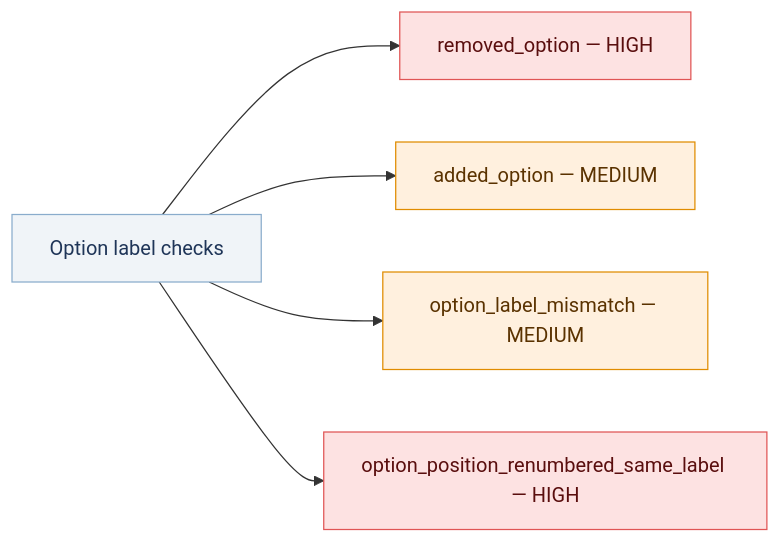
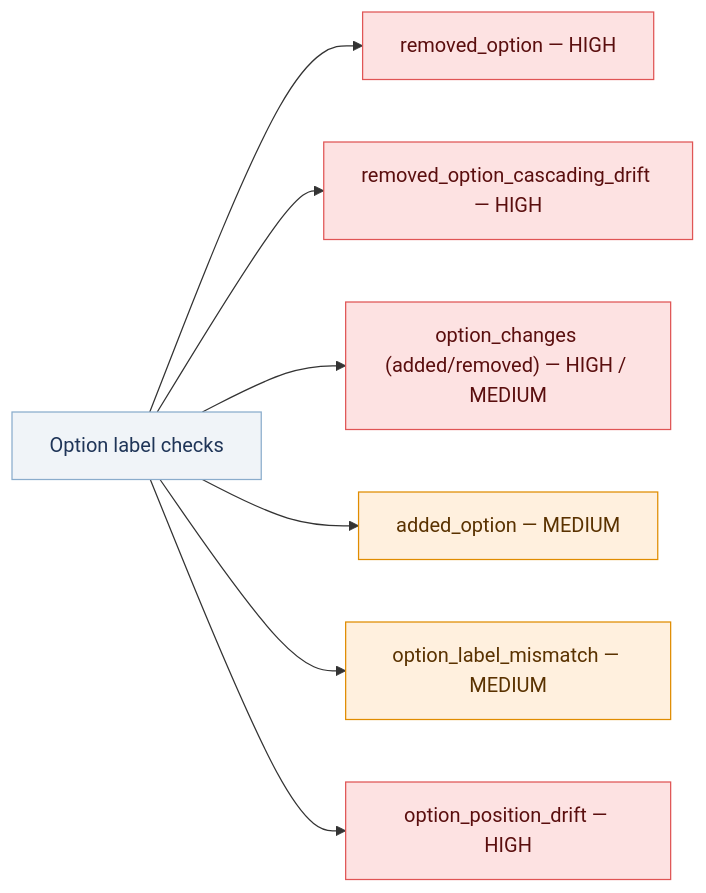
One commit to edoardoforzano1/DIEM_Questionnaire_Validation changed the tenth of 11 diagrams in docs/workflow/geopoll-logic.md. Above: the diagram before and after it, drawn with Mermaid. The commit also changed other lines of this file and 5 other files, not shown here.

````diff
--- a/docs/workflow/geopoll-logic.md
+++ b/docs/workflow/geopoll-logic.md
@@ -635,14 +663,18 @@
 ```mermaid
 flowchart LR
     OL["Option label checks"]
     OL --> A["removed_option — HIGH"]
+    OL --> E["removed_option_cascading_drift — HIGH"]
+    OL --> F["option_changes (added/removed) — HIGH / MEDIUM"]
     OL --> B["added_option — MEDIUM"]
     OL --> C["option_label_mismatch — MEDIUM"]
-    OL --> D["option_position_renumbered_same_label — HIGH"]
+    OL --> D["option_position_drift — HIGH"]
 
     style OL fill:#f0f4f8,stroke:#8aaccc,color:#1f3558
     style A  fill:#fde2e2,stroke:#e05555,color:#5a0e0e
+    style E  fill:#fde2e2,stroke:#e05555,color:#5a0e0e
+    style F  fill:#fde2e2,stroke:#e05555,color:#5a0e0e
     style B  fill:#fff0de,stroke:#e08c00,color:#5a3200
     style C  fill:#fff0de,stroke:#e08c00,color:#5a3200
     style D  fill:#fde2e2,stroke:#e05555,color:#5a0e0e
 ```
````
